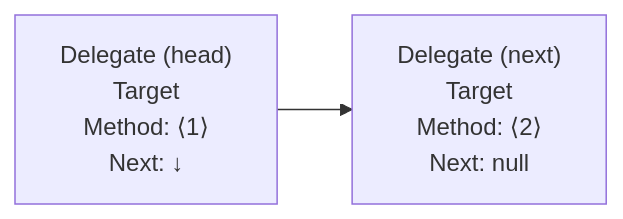
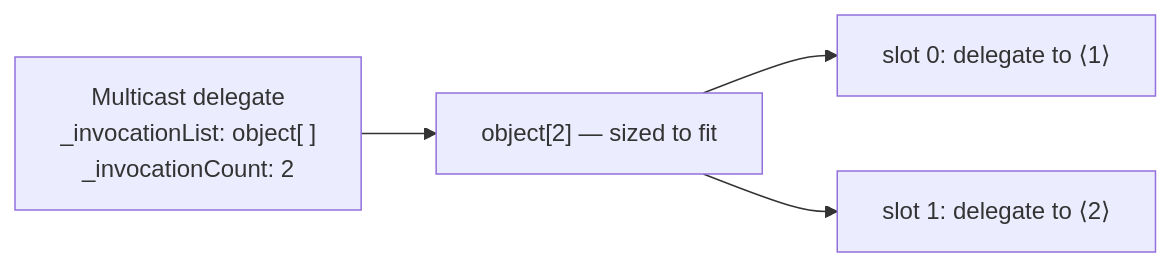
The second of 2 diagrams in mastery-guide/01-foundations/05-csharp-mastery/05-delegates-events-lambdas.md (ahmed-developer7/notebook), drawn with Mermaid before and after one commit. The commit also changed other lines of this file and 35 other files, not shown here.

````diff
--- a/mastery-guide/01-foundations/05-csharp-mastery/05-delegates-events-lambdas.md
+++ b/mastery-guide/01-foundations/05-csharp-mastery/05-delegates-events-lambdas.md
@@ -1067,6 +1459,10 @@
 ```mermaid
 graph LR
-    Head["Delegate (head)<br/>Target<br/>Method: ⟨1⟩<br/>Next: ↓"]
-    Next["Delegate (next)<br/>Target<br/>Method: ⟨2⟩<br/>Next: null"]
-    Head --> Next
+    Head["Multicast delegate<br/>_invocationList: object[ ]<br/>_invocationCount: 2"]
+    Arr["object[2] — sized to fit"]
+    D1["slot 0: delegate to ⟨1⟩"]
+    D2["slot 1: delegate to ⟨2⟩"]
+    Head --> Arr
+    Arr --> D1
+    Arr --> D2
 ```
````
